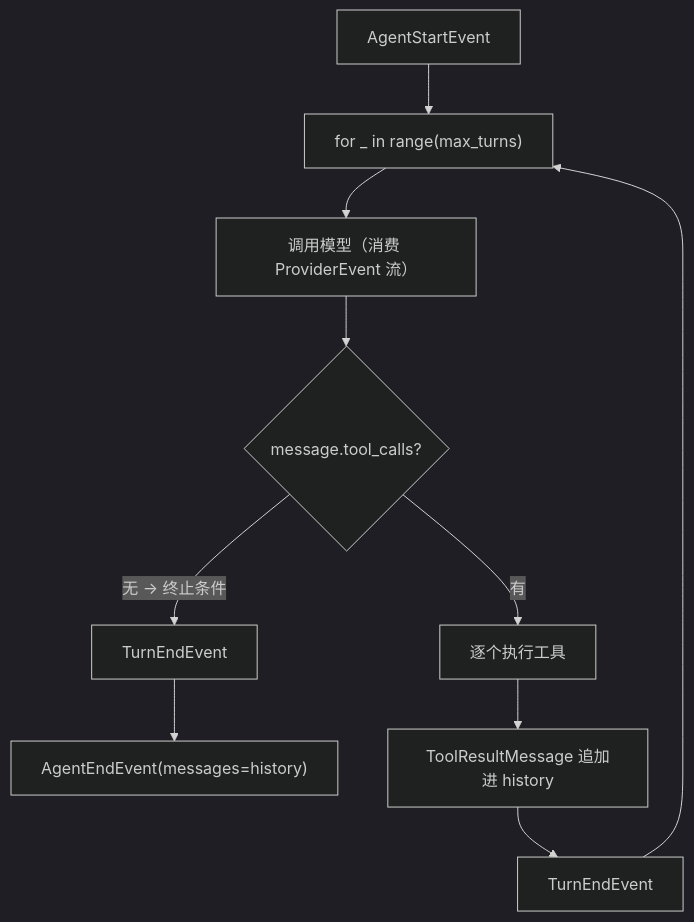
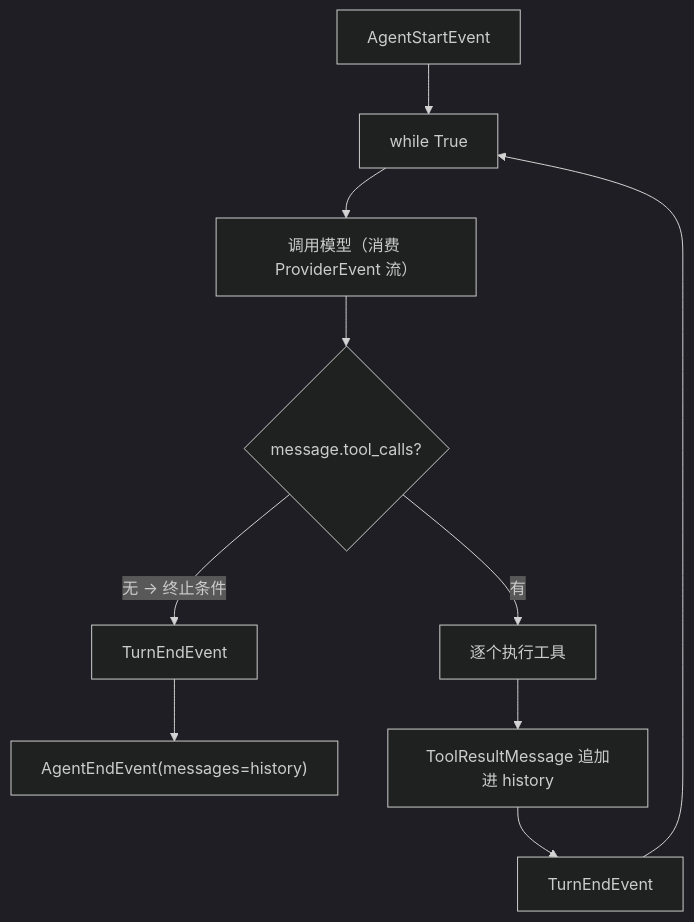
Before and after one commit to s0meb0dy3/nexa: the third of 6 diagrams in dev-notes/architecture-walkthrough.md, drawn with Mermaid (dark theme). The commit also changed other lines of this file and 8 other files, not shown here.

````diff
--- a/dev-notes/architecture-walkthrough.md
+++ b/dev-notes/architecture-walkthrough.md
@@ -149,12 +149,12 @@
 ```mermaid
 flowchart TD
-    A["AgentStartEvent"] --> B["for _ in range(max_turns)"]
+    A["AgentStartEvent"] --> B["while True"]
     B --> C["调用模型（消费 ProviderEvent 流）"]
     C --> D{"message.tool_calls?"}
     D -- "无 → 终止条件" --> E["TurnEndEvent"]
     E --> F["AgentEndEvent(messages=history)"]
     D -- "有" --> G["逐个执行工具"]
     G --> H["ToolResultMessage 追加进 history"]
     H --> I["TurnEndEvent"]
     I --> B
 ```
````
